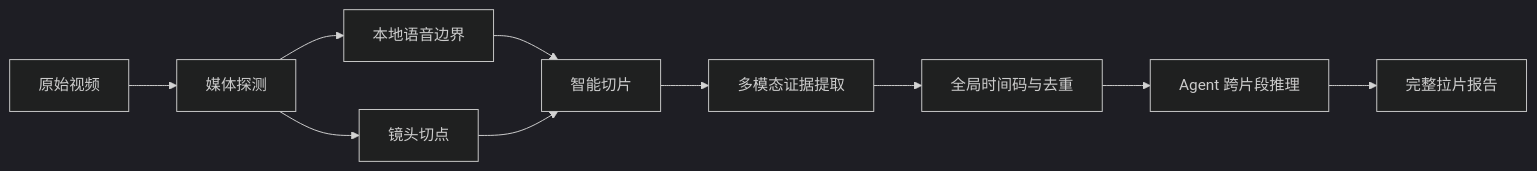
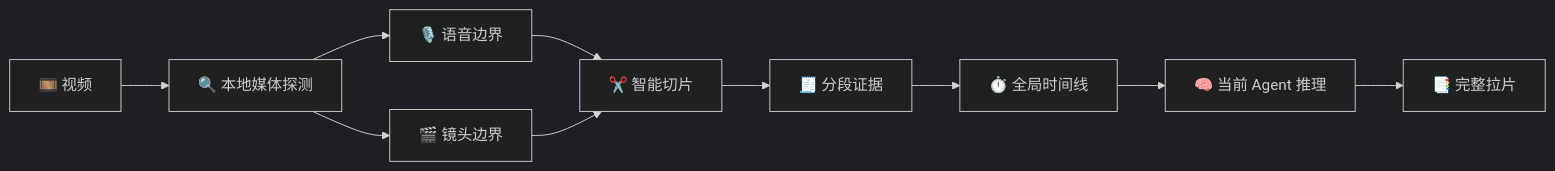
One commit to LycheeAILab/cine-sleuth changed the diagram in README.md. Above: the diagram before and after it, drawn with Mermaid (dark theme). The commit also changed other lines of this file and 24 other files, not shown here.

````diff
--- a/README.md
+++ b/README.md
@@ -38,12 +63,12 @@
 ```mermaid
 flowchart LR
-    A[原始视频] --> B[媒体探测]
-    B --> C[本地语音边界]
-    B --> D[镜头切点]
-    C --> E[智能切片]
+    A[🎞️ 视频] --> B[🔍 本地媒体探测]
+    B --> C[🎙️ 语音边界]
+    B --> D[🎬 镜头边界]
+    C --> E[✂️ 智能切片]
     D --> E
-    E --> F[多模态证据提取]
-    F --> G[全局时间码与去重]
-    G --> H[Agent 跨片段推理]
-    H --> I[完整拉片报告]
+    E --> F[🧾 分段证据]
+    F --> G[⏱️ 全局时间线]
+    G --> H[🧠 当前 Agent 推理]
+    H --> I[📑 完整拉片]
 ```
````
